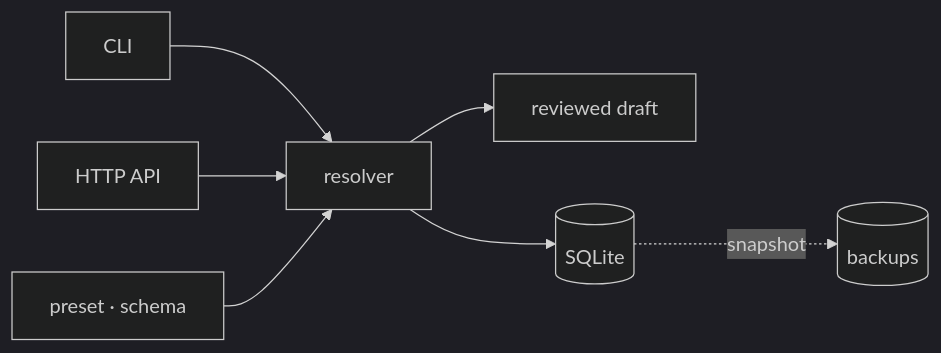
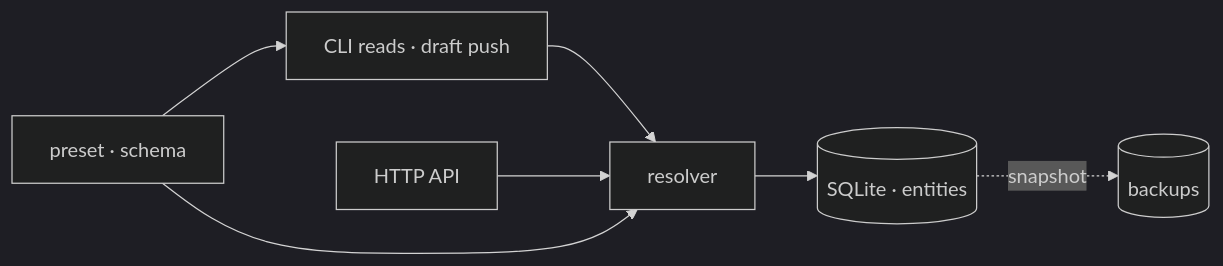
Before and after one commit to Krablante/buro: the diagram in README.md, drawn with Mermaid (dark theme). The commit also changed other lines of this file and 11 other files, not shown here.

````diff
--- a/README.md
+++ b/README.md
@@ -56,9 +56,9 @@
 ```mermaid
 flowchart LR
-  CLI[CLI] --> R[resolver]
+  CLI[CLI reads · draft push] --> R[resolver]
   API[HTTP API] --> R
-  P[preset · schema] --> R
-  R --> D[reviewed draft]
-  R --> DB[(SQLite)]
+  P[preset · schema] --> CLI
+  P --> R
+  R --> DB[(SQLite · entities)]
   DB -. snapshot .-> B[(backups)]
 ```
````
